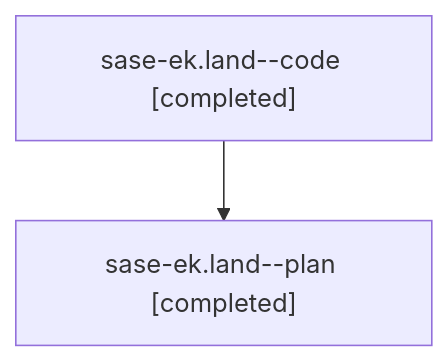
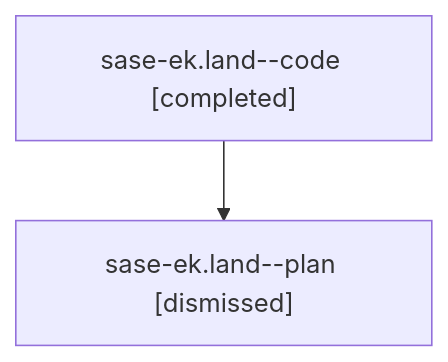
One commit to sase-org/sase--agents changed the diagram in families/bbugyi200.athena.sase-ek.land.md. Above: the diagram before and after it, drawn with Mermaid. The commit also changed other lines of this file and 5813 other files, not shown here.

````diff
--- a/families/bbugyi200.athena.sase-ek.land.md
+++ b/families/bbugyi200.athena.sase-ek.land.md
@@ -9,6 +9,6 @@
 ```mermaid
 flowchart TD
   n0["sase-ek.land--code [completed]"]
-  n1["sase-ek.land--plan [completed]"]
+  n1["sase-ek.land--plan [dismissed]"]
   n0 --> n1
 ```
````
